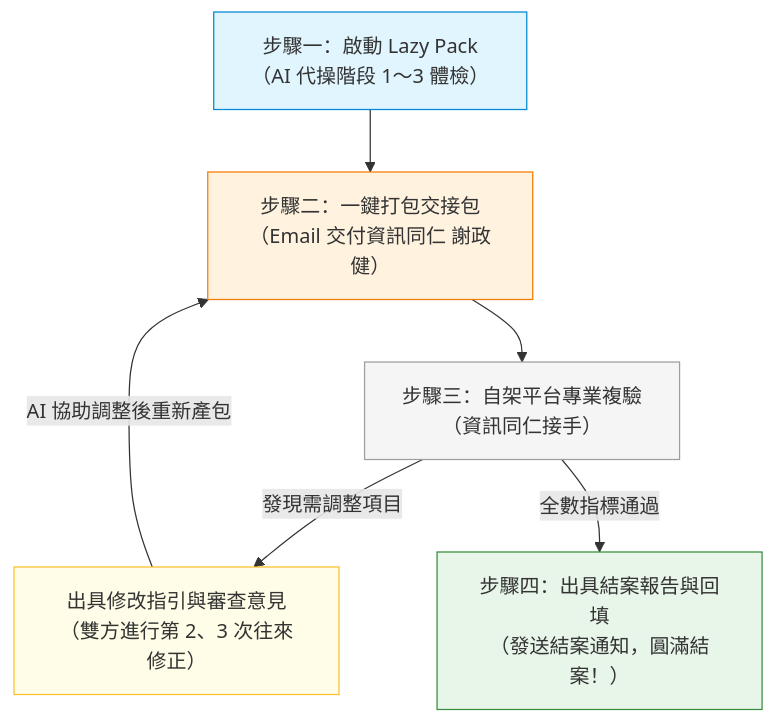
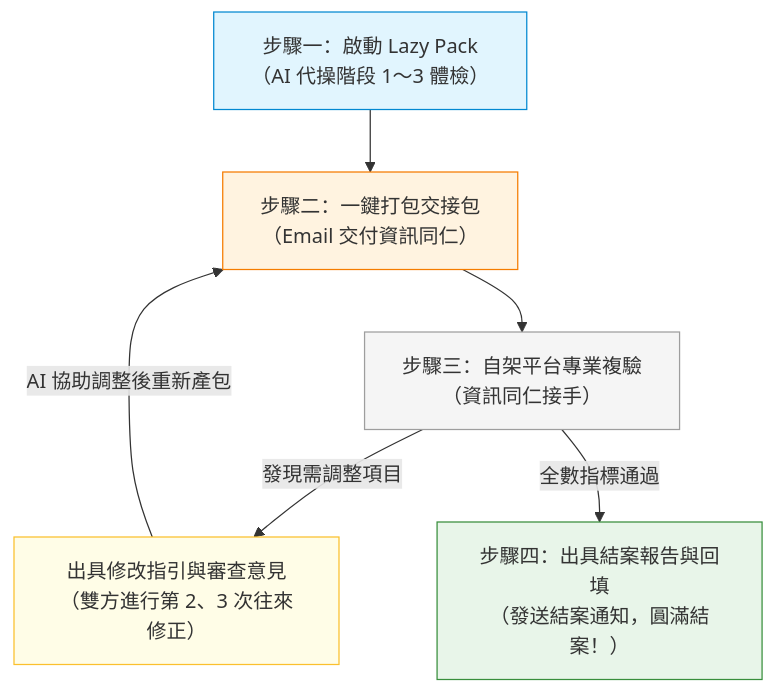
Before and after one commit to argen9988/art-collector-recommender: the diagram in docs/letter-to-users-lazy-pack-guide.md, drawn with Mermaid. The commit also changed other lines of this file and 1 other file, not shown here.

````diff
--- a/docs/letter-to-users-lazy-pack-guide.md
+++ b/docs/letter-to-users-lazy-pack-guide.md
@@ -30,14 +30,14 @@
 ```mermaid
 flowchart TD
-    A["步驟一：啟動 Lazy Pack<br>（AI 代操階段 1～3 體檢）"] --> B["步驟二：一鍵打包交接包<br>（Email 交付資訊同仁 謝政健）"]
+    A["步驟一：啟動 Lazy Pack<br>（AI 代操階段 1～3 體檢）"] --> B["步驟二：一鍵打包交接包<br>（Email 交付資訊同仁）"]
     B --> C["步驟三：自架平台專業複驗<br>（資訊同仁接手）"]
     C -->|發現需調整項目| C1["出具修改指引與審查意見<br>（雙方進行第 2、3 次往來修正）"]
     C1 -->|AI 協助調整後重新產包| B
     C -->|全數指標通過| D["步驟四：出具結案報告與回填<br>（發送結案通知，圓滿結案！）"]
 
     style A fill:#e1f5fe,stroke:#0288d1
     style B fill:#fff3e0,stroke:#f57c00
     style C fill:#f5f5f5,stroke:#9e9e9e
     style C1 fill:#fffde7,stroke:#fbc02d
     style D fill:#e8f5e9,stroke:#388e3c
 ```
````
